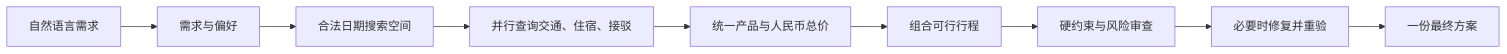
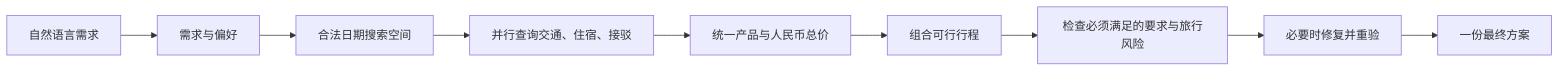
Before and after one commit to Oxygen56/TripChord: the diagram in README.md, drawn with Mermaid. The commit also changed other lines of this file and 4 other files, not shown here.

Commit message:
docs: define TripChord 1.0 product story and roadmap

````diff
--- a/README.md
+++ b/README.md
@@ -46,11 +58,11 @@
 ```mermaid
 flowchart LR
   A[自然语言需求] --> B[需求与偏好]
   B --> C[合法日期搜索空间]
   C --> D[并行查询交通、住宿、接驳]
   D --> E[统一产品与人民币总价]
   E --> F[组合可行行程]
-  F --> G[硬约束与风险审查]
+  F --> G[检查必须满足的要求与旅行风险]
   G --> H[必要时修复并重验]
   H --> I[一份最终方案]
 ```
````
